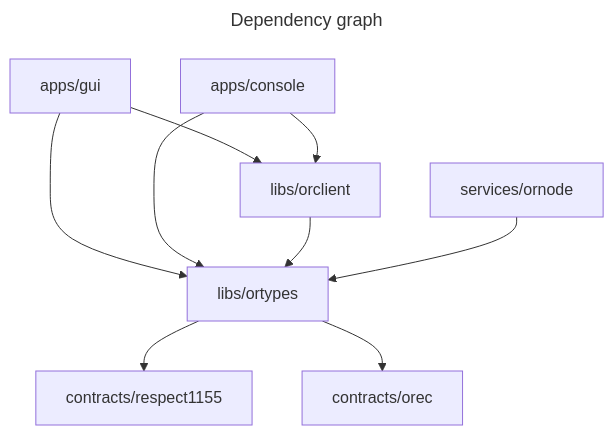
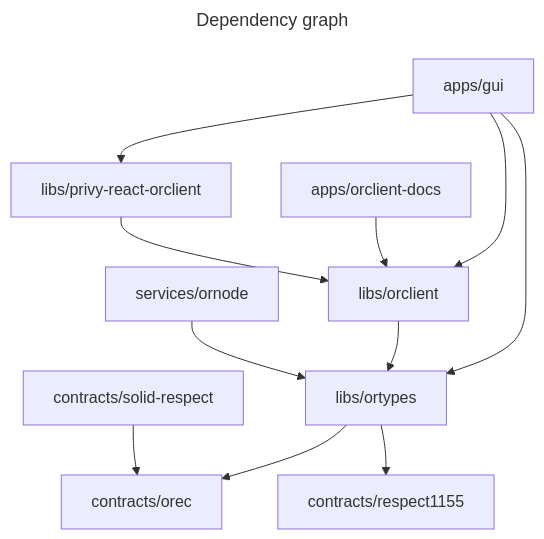
The diagram in README.md (DanSingjoy/ordao), drawn with Mermaid before and after one commit. The commit also changed other lines of this file and 14 other files, not shown here.

First line of the commit message:
Docs for apps, ornode, contracts and most of the libs...

````diff
--- a/README.md
+++ b/README.md
@@ -23,14 +29,16 @@
 ```mermaid
 ---
 title: Dependency graph
 ---
 flowchart TD
   apps/gui --> libs/orclient
-  apps/console --> libs/orclient
   apps/gui --> libs/ortypes
-  apps/console --> libs/ortypes
+  apps/gui --> libs/privy-react-orclient
+  apps/orclient-docs --> libs/orclient
+  libs/privy-react-orclient --> libs/orclient
   libs/orclient --> libs/ortypes
   services/ornode --> libs/ortypes
+  libs/ortypes --> contracts/orec
   libs/ortypes --> contracts/respect1155
-  libs/ortypes --> contracts/orec
+  contracts/solid-respect --> contracts/orec
 ```
````
